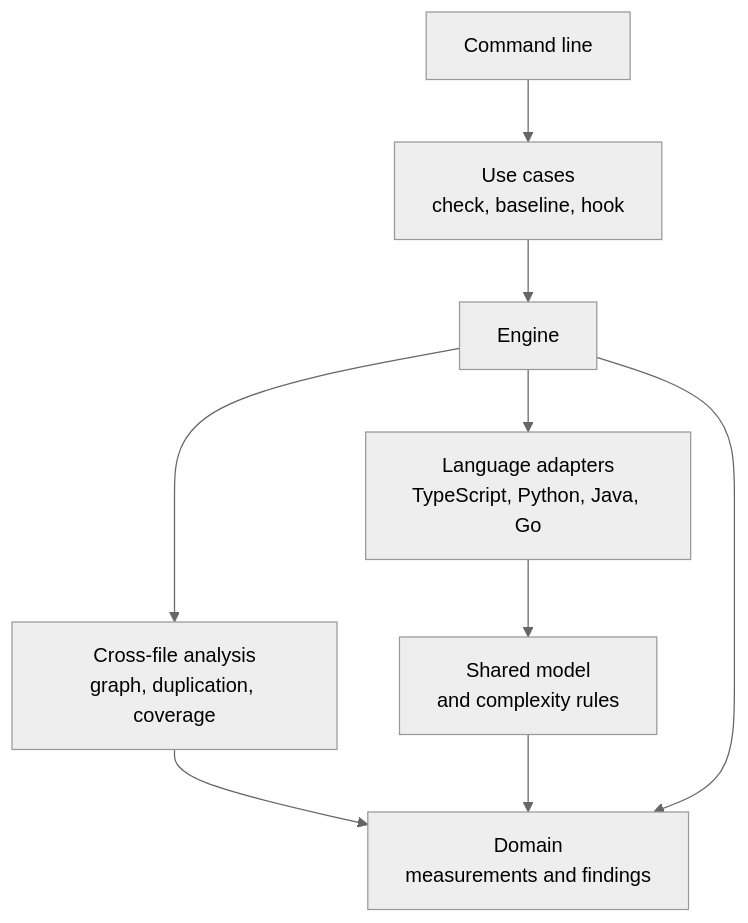
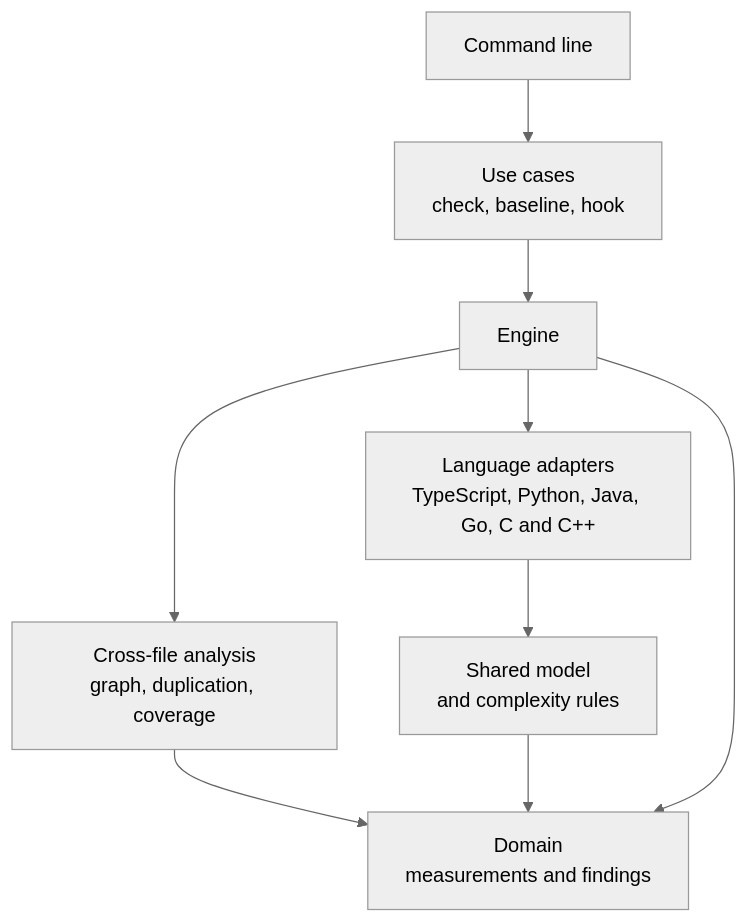
Before and after one commit to lumioguard/lumioguard-cc: the fourth of 4 diagrams in README.md, drawn with Mermaid (neutral theme). The commit also changed other lines of this file and 46 other files, not shown here.

````diff
--- a/README.md
+++ b/README.md
@@ -251,11 +254,11 @@
 ```mermaid
 flowchart TD
     CLI["Command line"] --> APP["Use cases<br/>check, baseline, hook"]
     APP --> ENGINE["Engine"]
-    ENGINE --> ADAPTERS["Language adapters<br/>TypeScript, Python, Java, Go"]
+    ENGINE --> ADAPTERS["Language adapters<br/>TypeScript, Python, Java, Go, C and C++"]
     ENGINE --> ANALYSIS["Cross-file analysis<br/>graph, duplication, coverage"]
     ADAPTERS --> STRUCTURE["Shared model<br/>and complexity rules"]
     ANALYSIS --> DOMAIN["Domain<br/>measurements and findings"]
     STRUCTURE --> DOMAIN
     ENGINE --> DOMAIN
 ```
````
